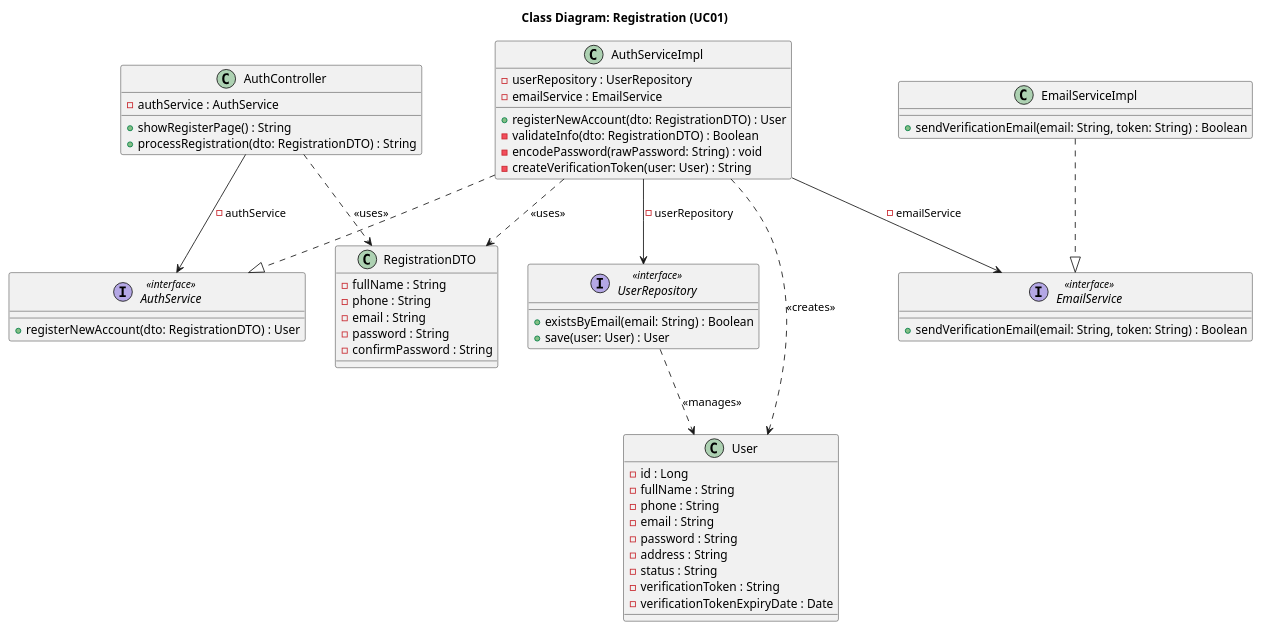
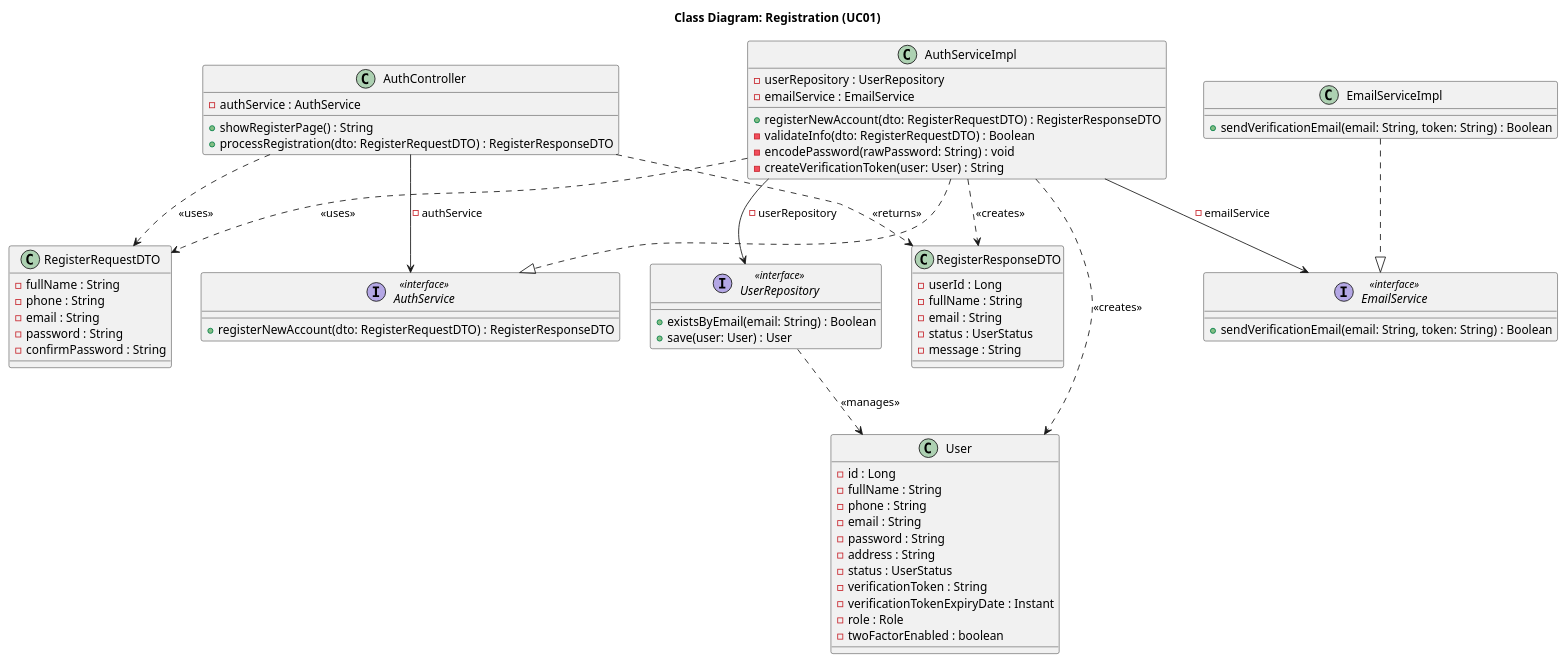
One commit to Peterdir/fashion-store-system changed the diagram in src/main/java/org/example/fashionstoresystem/uml/Class/CD01_Registration.puml. Above: the diagram before and after it, drawn with PlantUML. The commit also changed 36 other files, not shown here.

```diff
--- a/src/main/java/org/example/fashionstoresystem/uml/Class/CD01_Registration.puml
+++ b/src/main/java/org/example/fashionstoresystem/uml/Class/CD01_Registration.puml
@@ -1,81 +1,95 @@
 @startuml
 title Class Diagram: Registration (UC01)
 
 ' Controller
 
 class AuthController {
     - authService : AuthService
     + showRegisterPage() : String
-    + processRegistration(dto: RegistrationDTO) : String
+    + processRegistration(dto: RegisterRequestDTO) : RegisterResponseDTO
 }
 
 'Service
 
 interface AuthService <<interface>> {
-    + registerNewAccount(dto: RegistrationDTO) : User
+    + registerNewAccount(dto: RegisterRequestDTO) : RegisterResponseDTO
 }
 
 class AuthServiceImpl {
     - userRepository : UserRepository
     - emailService : EmailService
-    + registerNewAccount(dto: RegistrationDTO) : User
-    - validateInfo(dto: RegistrationDTO) : Boolean
+    + registerNewAccount(dto: RegisterRequestDTO) : RegisterResponseDTO
+    - validateInfo(dto: RegisterRequestDTO) : Boolean
     - encodePassword(rawPassword: String) : void
     - createVerificationToken(user: User) : String
 }
 
 interface EmailService <<interface>> {
     + sendVerificationEmail(email: String, token: String) : Boolean
 }
 
 class EmailServiceImpl {
     + sendVerificationEmail(email: String, token: String) : Boolean
 }
 
 ' Repository
 
 interface UserRepository <<interface>> {
     + existsByEmail(email: String) : Boolean
     + save(user: User) : User
 }
 
 
-' Entity & DTO
+' DTO
 
-class RegistrationDTO {
+class RegisterRequestDTO {
     - fullName : String
     - phone : String
     - email : String
     - password : String
     - confirmPassword : String
 }
+
+class RegisterResponseDTO {
+    - userId : Long
+    - fullName : String
+    - email : String
+    - status : UserStatus
+    - message : String
+}
+
+' Entity
 
 class User {
     - id : Long
     - fullName : String
     - phone : String
     - email : String
     - password : String
     - address : String
-    - status : String
+    - status : UserStatus
     - verificationToken : String
-    - verificationTokenExpiryDate : Date
+    - verificationTokenExpiryDate : Instant
+    - role : Role
+    - twoFactorEnabled : boolean
 }
 
 ' Relationships
 
 ' Class implement Interface
 AuthServiceImpl ..|> AuthService
 EmailServiceImpl ..|> EmailService
 
 ' Dependency Injection
 AuthController --> AuthService : - authService
 AuthServiceImpl --> UserRepository : - userRepository
 AuthServiceImpl --> EmailService : - emailService
 
 ' Object Usage
-AuthController ..> RegistrationDTO : <<uses>>
-AuthServiceImpl ..> RegistrationDTO : <<uses>>
+AuthController ..> RegisterRequestDTO : <<uses>>
+AuthController ..> RegisterResponseDTO : <<returns>>
+AuthServiceImpl ..> RegisterRequestDTO : <<uses>>
+AuthServiceImpl ..> RegisterResponseDTO : <<creates>>
 AuthServiceImpl ..> User : <<creates>>
 UserRepository ..> User : <<manages>>
 @enduml
```
